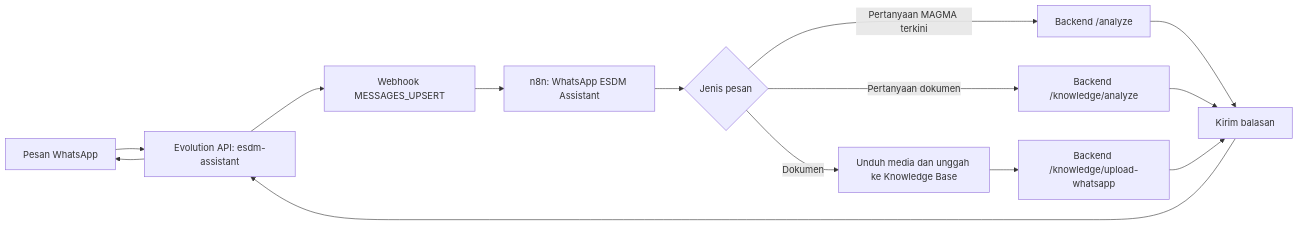
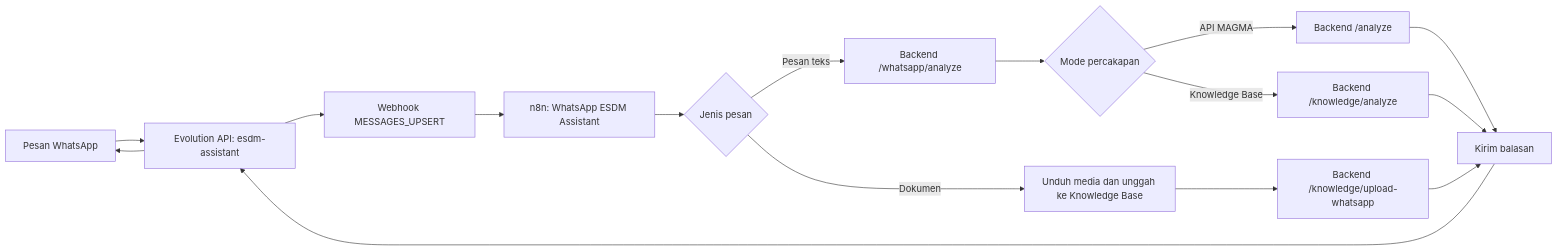
One commit to usernamenuh/MAGMA-AI changed the diagram in WHATSAPP_GUIDE.md. Above: the diagram before and after it, drawn with Mermaid. The commit also changed other lines of this file and 5 other files, not shown here.

````diff
--- a/WHATSAPP_GUIDE.md
+++ b/WHATSAPP_GUIDE.md
@@ -7,16 +7,18 @@
 ```mermaid
 flowchart LR
     A[Pesan WhatsApp] --> B[Evolution API: esdm-assistant]
     B --> C[Webhook MESSAGES_UPSERT]
     C --> D[n8n: WhatsApp ESDM Assistant]
     D --> E{Jenis pesan}
     E -- Dokumen --> F[Unduh media dan unggah ke Knowledge Base]
-    E -- Pertanyaan MAGMA terkini --> G[Backend /analyze]
-    E -- Pertanyaan dokumen --> H[Backend /knowledge/analyze]
+    E -- Pesan teks --> G[Backend /whatsapp/analyze]
+    G --> H{Mode percakapan}
+    H -- API MAGMA --> J[Backend /analyze]
+    H -- Knowledge Base --> K[Backend /knowledge/analyze]
     F --> I[Backend /knowledge/upload-whatsapp]
-    G --> J[Kirim balasan]
-    H --> J
-    I --> J
-    J --> B
+    J --> L[Kirim balasan]
+    K --> L
+    I --> L
+    L --> B
     B --> A
 ```
````
